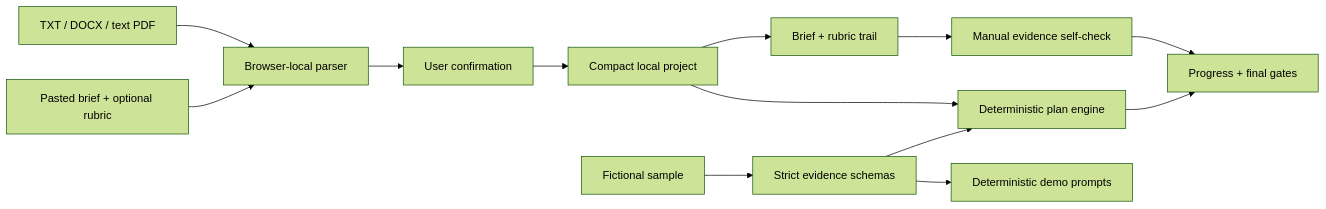
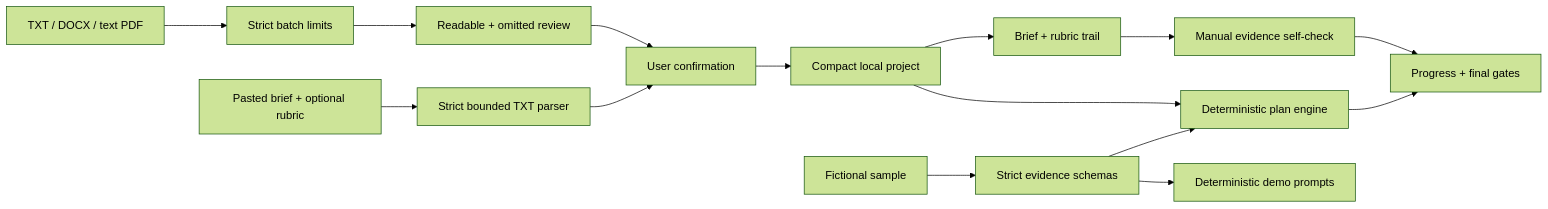
Before and after one commit to Sion612/rubrictrail: the diagram in README.md, drawn with Mermaid (forest theme). The commit also changed other lines of this file and 20 other files, not shown here.

````diff
--- a/README.md
+++ b/README.md
@@ -146,15 +151,17 @@
 ```mermaid
 flowchart LR
-  A["TXT / DOCX / text PDF"] --> B["Browser-local parser"]
-  P["Pasted brief + optional rubric"] --> B
-  B --> C["User confirmation"]
+  A["TXT / DOCX / text PDF"] --> B["Strict batch limits"]
+  B --> R["Readable + omitted review"]
+  P["Pasted brief + optional rubric"] --> T["Strict bounded TXT parser"]
+  R --> C["User confirmation"]
+  T --> C
   C --> D["Compact local project"]
   D --> E["Brief + rubric trail"]
   D --> F["Deterministic plan engine"]
   E --> G["Manual evidence self-check"]
   F --> H["Progress + final gates"]
   G --> H
   S["Fictional sample"] --> I["Strict evidence schemas"]
   I --> F
   I --> J["Deterministic demo prompts"]
 ```
````
